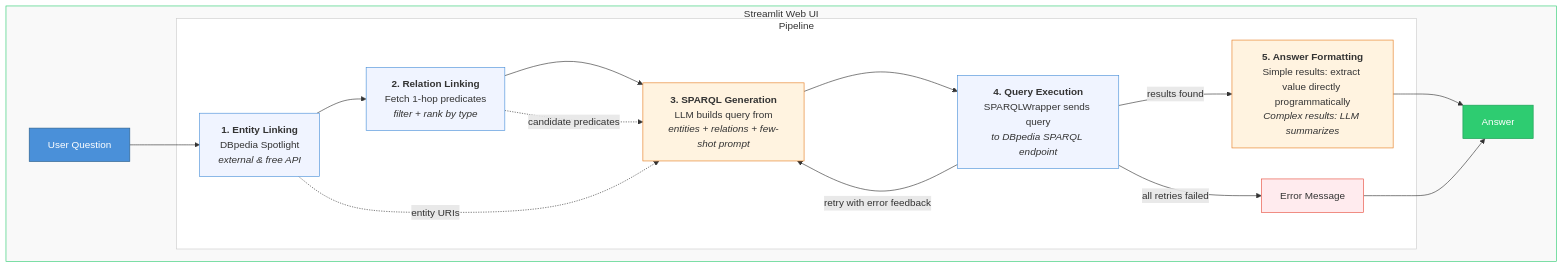
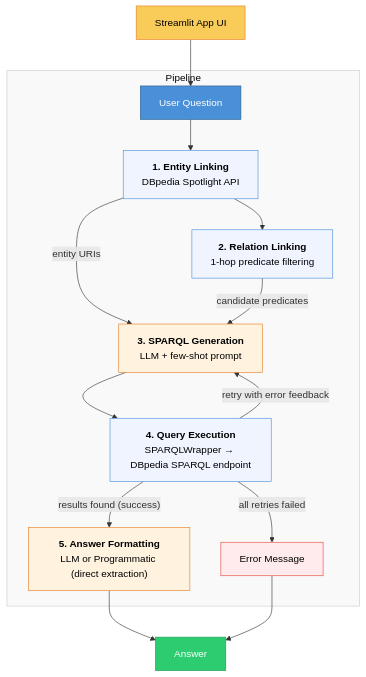
The diagram in README.md (farmand-bt/KGQA_AML), drawn with Mermaid before and after one commit. The commit also changed other lines of this file and 6 other files, not shown here.

Commit message:
enhanced query generation, per-entity relation, and multi-hop examples

````diff
--- a/README.md
+++ b/README.md
@@ -15,37 +13,35 @@
 ```mermaid
 flowchart TD
-    subgraph UI["Streamlit Web UI"]
-        Q["User Question"]
+    ST["Streamlit App UI"]
+    ST --> Q["User Question"]
 
-        subgraph Pipeline
-            EL["<b>1. Entity Linking</b><br>DBpedia Spotlight<br><i>external & free API</i>"]
-            RL["<b>2. Relation Linking</b><br>Fetch 1-hop predicates<br><i>filter + rank by type</i>"]
-            SG["<b>3. SPARQL Generation</b><br>LLM builds query from<br><i>entities + relations + few-shot prompt</i>"]
-            QE["<b>4. Query Execution</b><br>SPARQLWrapper sends query<br><i>to DBpedia SPARQL endpoint</i>"]
-            AF["<b>5. Answer Formatting</b><br>Simple results: extract value directly programmatically<br><i>Complex results: LLM summarizes</i>"]
-
-            EL --> RL --> SG --> QE
-            QE -->|"retry with error feedback"| SG
-            QE -->|"results found"| AF
-            QE -->|"all retries failed"| ERR["Error Message"]
-        end
-
+    subgraph Pipeline
         Q --> EL
-        AF --> A["Answer"]
-        ERR --> A
+        EL["<b>1. Entity Linking</b><br>DBpedia Spotlight API"]
+        EL --> RL
+        EL -->|"entity URIs"| SG
+        RL["<b>2. Relation Linking</b><br>1-hop predicate filtering"]
+        RL -->|"candidate predicates"| SG
+        SG["<b>3. SPARQL Generation</b><br>LLM + few-shot prompt"]
+        SG --> QE
+        QE["<b>4. Query Execution</b><br>SPARQLWrapper → DBpedia SPARQL endpoint"]
+        QE -->|"results found (success)"| AF
+        QE -->|"retry with error feedback"| SG
+        QE -->|"all retries failed"| ERR["Error Message"]
+        AF["<b>5. Answer Formatting</b><br>LLM or Programmatic (direct extraction)"]
     end
 
-    EL -. "entity URIs" .-> SG
-    RL -. "candidate predicates" .-> SG
+    AF --> A["Answer"]
+    ERR --> A
 
-    style UI fill:#f9f9f9,stroke:#2ecc71,color:#333
-    style Pipeline fill:#fff,stroke:#ccc
+    style ST fill:#f9cc59,stroke:#e67e22,color:#000
     style Q fill:#4a90d9,stroke:#2c5f8a,color:#fff
     style A fill:#2ecc71,stroke:#1a9c54,color:#fff
-    style EL fill:#f0f4ff,stroke:#4a90d9
-    style RL fill:#f0f4ff,stroke:#4a90d9
-    style SG fill:#fff3e0,stroke:#e67e22
-    style QE fill:#f0f4ff,stroke:#4a90d9
-    style AF fill:#fff3e0,stroke:#e67e22
-    style ERR fill:#ffebee,stroke:#e74c3c
+    style EL fill:#f0f4ff,stroke:#4a90d9,color:#000
+    style RL fill:#f0f4ff,stroke:#4a90d9,color:#000
+    style SG fill:#fff3e0,stroke:#e67e22,color:#000
+    style QE fill:#f0f4ff,stroke:#4a90d9,color:#000
+    style AF fill:#fff3e0,stroke:#e67e22,color:#000
+    style ERR fill:#ffebee,stroke:#e74c3c,color:#000
+    style Pipeline fill:#f9f9f9,stroke:#ccc,color:#000
 ```
````
